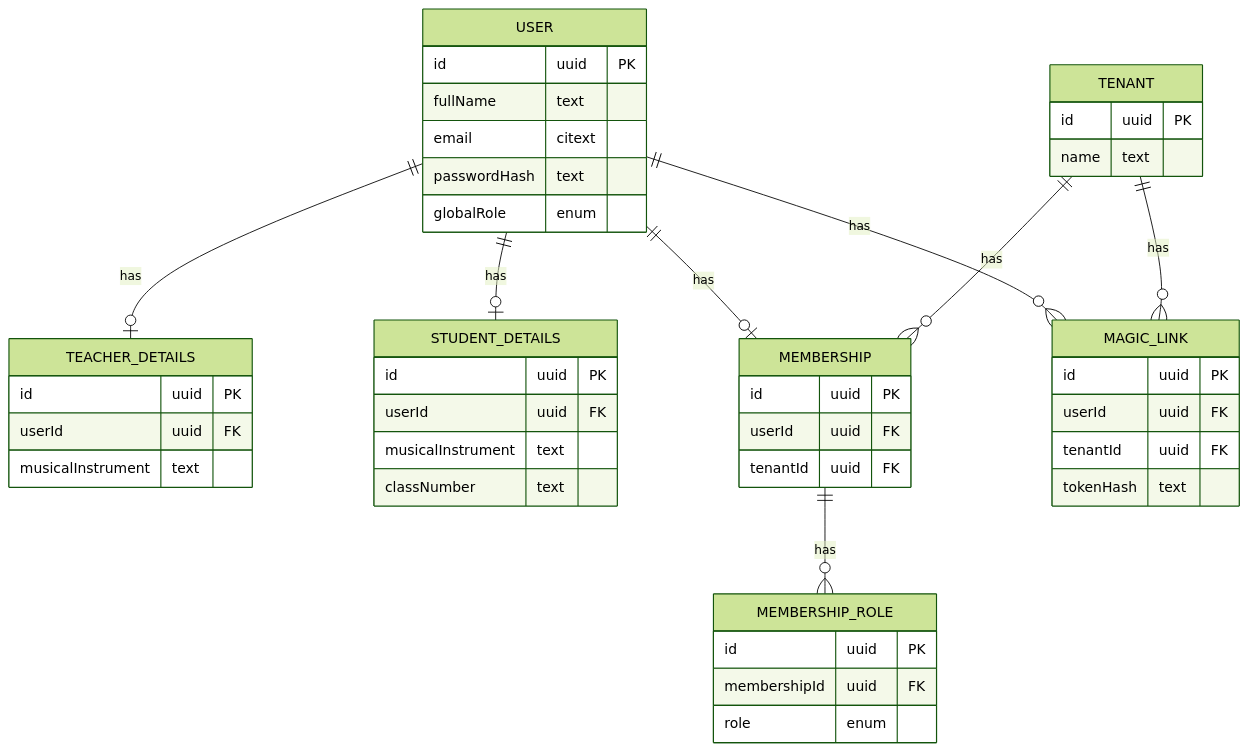
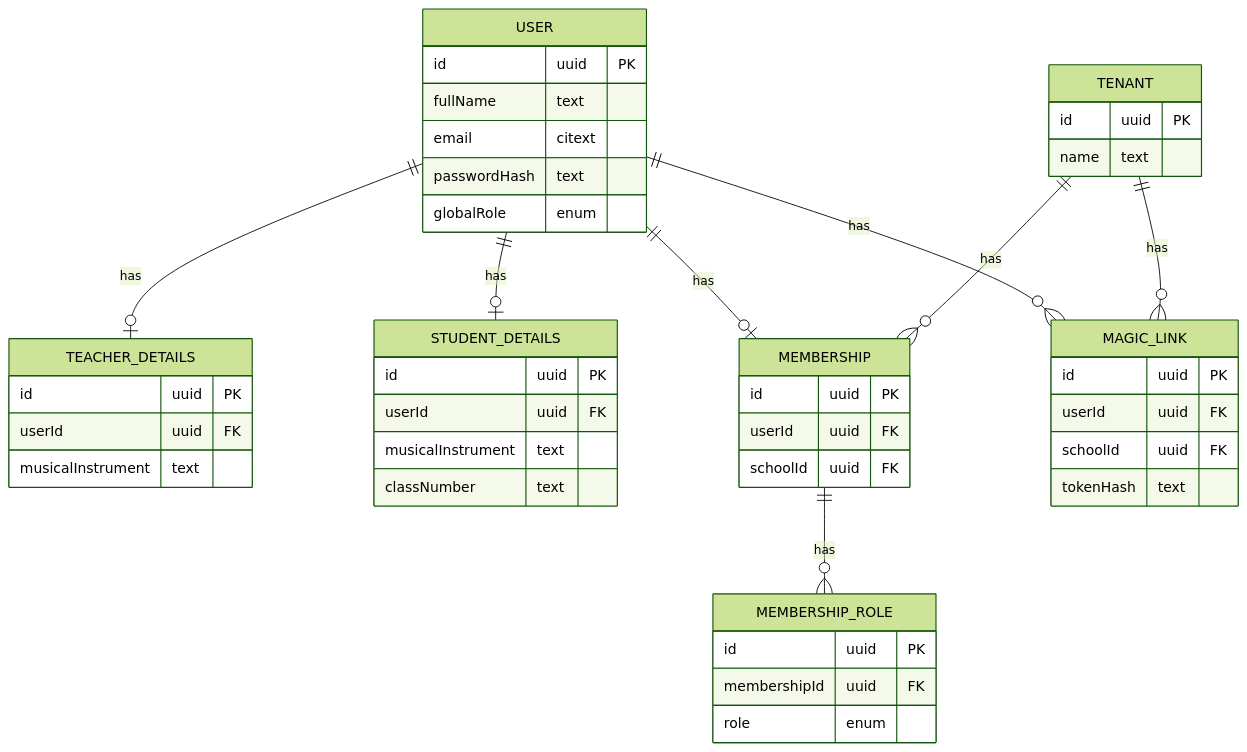
The second of 4 diagrams in architecture-homework/diagrams/erd.md (KaterynaKocheharova/Multi-tenant-architecture), drawn with Mermaid (forest theme) before and after one commit. The commit also changed other lines of this file and 9 other files, not shown here.

````diff
--- a/architecture-homework/diagrams/erd.md
+++ b/architecture-homework/diagrams/erd.md
@@ -166,55 +166,55 @@
 ```mermaid
 erDiagram
     TENANT {
         id uuid PK
         name text
     }
 
     USER {
         id uuid PK
         fullName text
         email citext
         passwordHash text
         globalRole enum
     }
 
     TEACHER_DETAILS {
         id uuid PK
         userId uuid FK
         musicalInstrument text
     }
 
     STUDENT_DETAILS {
         id uuid PK
         userId uuid FK
         musicalInstrument text
         classNumber text
     }
 
     MEMBERSHIP {
         id uuid PK
         userId uuid FK
-        tenantId uuid FK
+        schoolId uuid FK
     }
 
     MEMBERSHIP_ROLE {
         id uuid PK
         membershipId uuid FK
         role enum
     }
 
     MAGIC_LINK {
         id uuid PK
         userId uuid FK
-        tenantId uuid FK
+        schoolId uuid FK
         tokenHash text
     }
 
     USER ||--o| TEACHER_DETAILS : has
     USER ||--o| STUDENT_DETAILS : has
     USER ||--o| MEMBERSHIP : has
     USER ||--o{ MAGIC_LINK : has
     TENANT ||--o{ MEMBERSHIP : has
     TENANT ||--o{ MAGIC_LINK : has
     MEMBERSHIP ||--o{ MEMBERSHIP_ROLE : has
 ```
````
